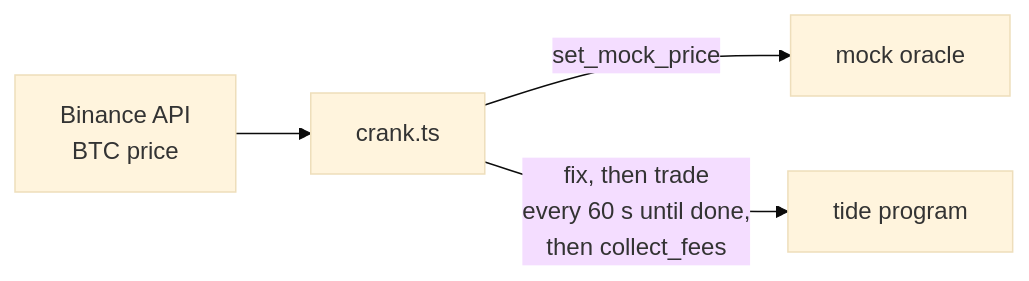
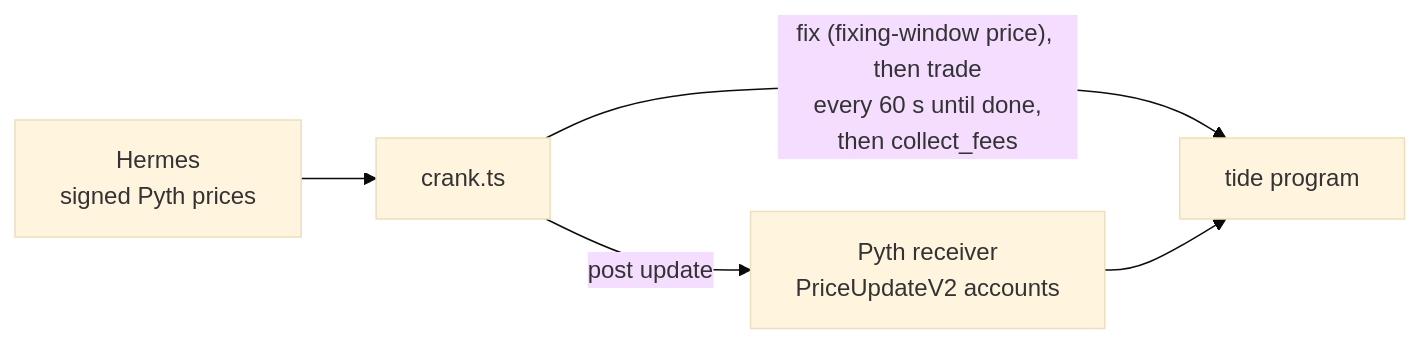
One commit to 0xnex/tide changed diagram 13 of 14 in README.md. Above: the diagram before and after it, drawn with Mermaid (base theme). The commit also changed other lines of this file and 7 other files, not shown here.

First line of the commit message:
feat: real Pyth prices instead of the mock oracle

````diff
--- a/README.md
+++ b/README.md
@@ -230,5 +234,6 @@
 ```mermaid
 flowchart LR
-  BN["Binance API<br/>BTC price"] --> CR["crank.ts"] -- "set_mock_price" --> O["mock oracle"]
-  CR -- "fix, then trade<br/>every 60 s until done,<br/>then collect_fees" --> P["tide program"]
+  H["Hermes<br/>signed Pyth prices"] --> CR["crank.ts"] -- "post update" --> R["Pyth receiver<br/>PriceUpdateV2 accounts"]
+  CR -- "fix (fixing-window price), then trade<br/>every 60 s until done,<br/>then collect_fees" --> P["tide program"]
+  R --> P
 ```
````
